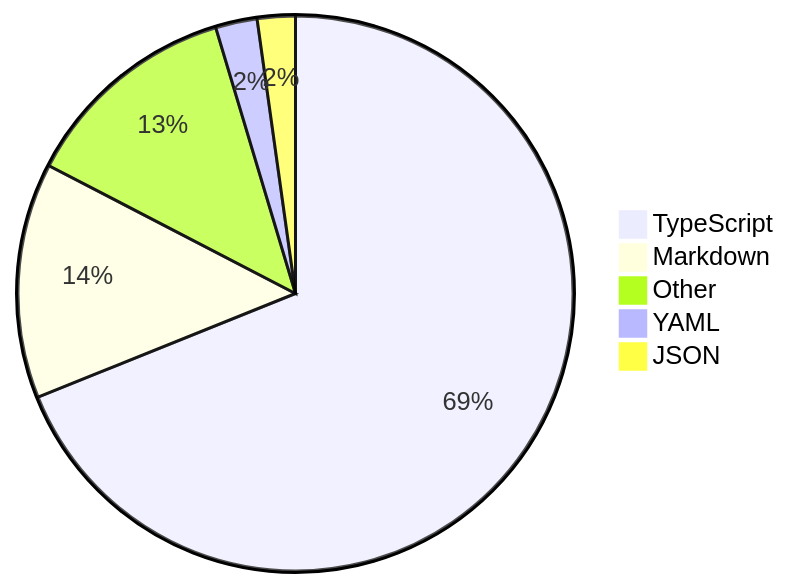
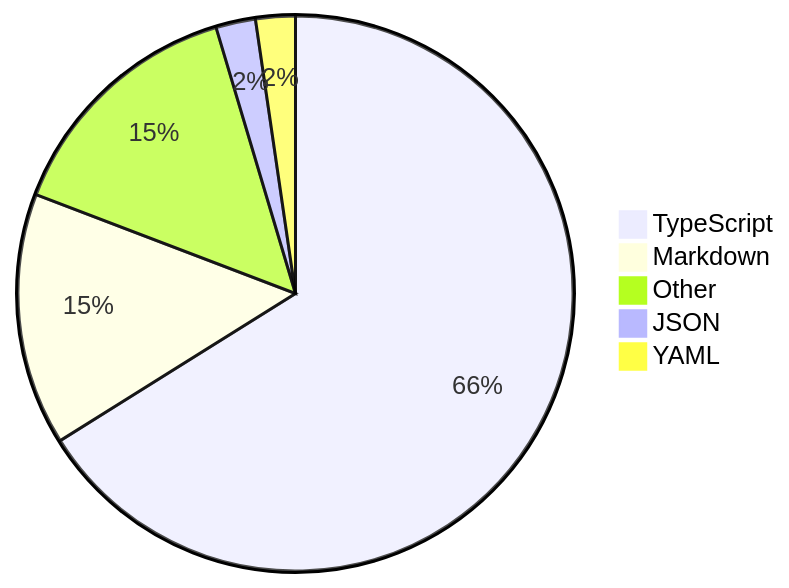
The diagram in README.md (skvggor/skvggor), drawn with Mermaid before and after one commit.

Commit message:
Updated waka-readme graph with new metrics

````diff
--- a/README.md
+++ b/README.md
@@ -35,8 +35,8 @@
 ```mermaid
 pie
-    "TypeScript" : 65.4
-    "Markdown" : 13.0
-    "Other" : 12.1
-    "YAML" : 2.3
-    "JSON" : 2.1
+    "TypeScript" : 63.0
+    "Markdown" : 14.0
+    "Other" : 13.9
+    "JSON" : 2.2
+    "YAML" : 2.2
 ```
````
